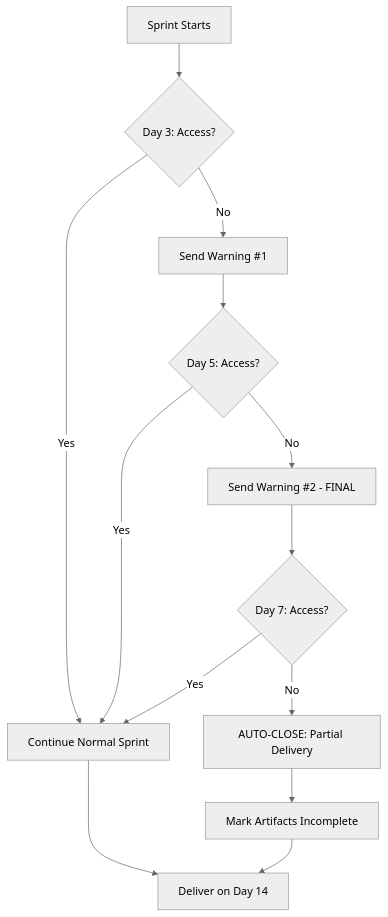
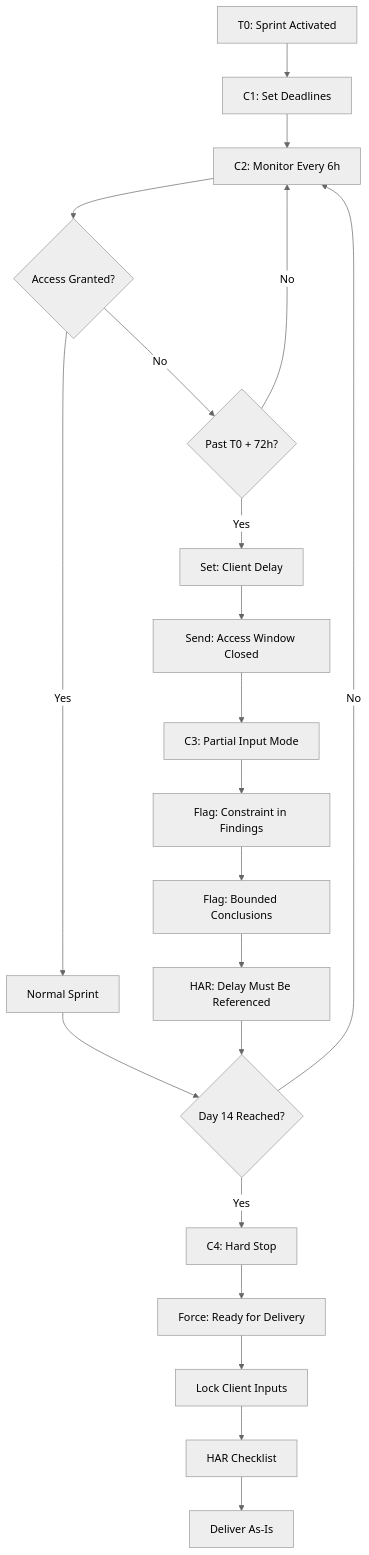
The diagram in products/collapse_ready_sprint/templates/client_delay_kill_switch.md (CrisisCore-Systems/node-null-control), drawn with Mermaid (neutral theme) before and after one commit. The commit also changed other lines of this file and 3 other files, not shown here.

Commit message:
Refine TDKS: 72h access window, C1-C4 scenarios, hard stop at Day 14

````diff
--- a/products/collapse_ready_sprint/templates/client_delay_kill_switch.md
+++ b/products/collapse_ready_sprint/templates/client_delay_kill_switch.md
@@ -344,15 +306,28 @@
 ```mermaid
 flowchart TD
-    Start[Sprint Starts] --> Day3{Day 3: Access?}
-    Day3 -->|Yes| Continue[Continue Normal Sprint]
-    Day3 -->|No| Warn1[Send Warning #1]
-    Warn1 --> Day5{Day 5: Access?}
-    Day5 -->|Yes| Continue
-    Day5 -->|No| Warn2[Send Warning #2 - FINAL]
-    Warn2 --> Day7{Day 7: Access?}
-    Day7 -->|Yes| Continue
-    Day7 -->|No| AutoClose[AUTO-CLOSE: Partial Delivery]
-    AutoClose --> Mark[Mark Artifacts Incomplete]
-    Mark --> Deliver[Deliver on Day 14]
-    Continue --> Deliver
+    T0[T0: Sprint Activated] --> SetDeadlines[C1: Set Deadlines]
+    SetDeadlines --> Monitor[C2: Monitor Every 6h]
+    
+    Monitor --> Check{Access Granted?}
+    Check -->|Yes| Continue[Normal Sprint]
+    Check -->|No| CheckDeadline{Past T0 + 72h?}
+    
+    CheckDeadline -->|No| Monitor
+    CheckDeadline -->|Yes| ClientDelay[Set: Client Delay]
+    ClientDelay --> Notice[Send: Access Window Closed]
+    Notice --> PartialMode[C3: Partial Input Mode]
+    
+    PartialMode --> FlagFindings[Flag: Constraint in Findings]
+    FlagFindings --> FlagSummary[Flag: Bounded Conclusions]
+    FlagSummary --> HARRequired[HAR: Delay Must Be Referenced]
+    
+    Continue --> Day14{Day 14 Reached?}
+    HARRequired --> Day14
+    
+    Day14 -->|No| Monitor
+    Day14 -->|Yes| HardStop[C4: Hard Stop]
+    HardStop --> ForceReady[Force: Ready for Delivery]
+    ForceReady --> LockInputs[Lock Client Inputs]
+    LockInputs --> HAR[HAR Checklist]
+    HAR --> Deliver[Deliver As-Is]
 ```
````
